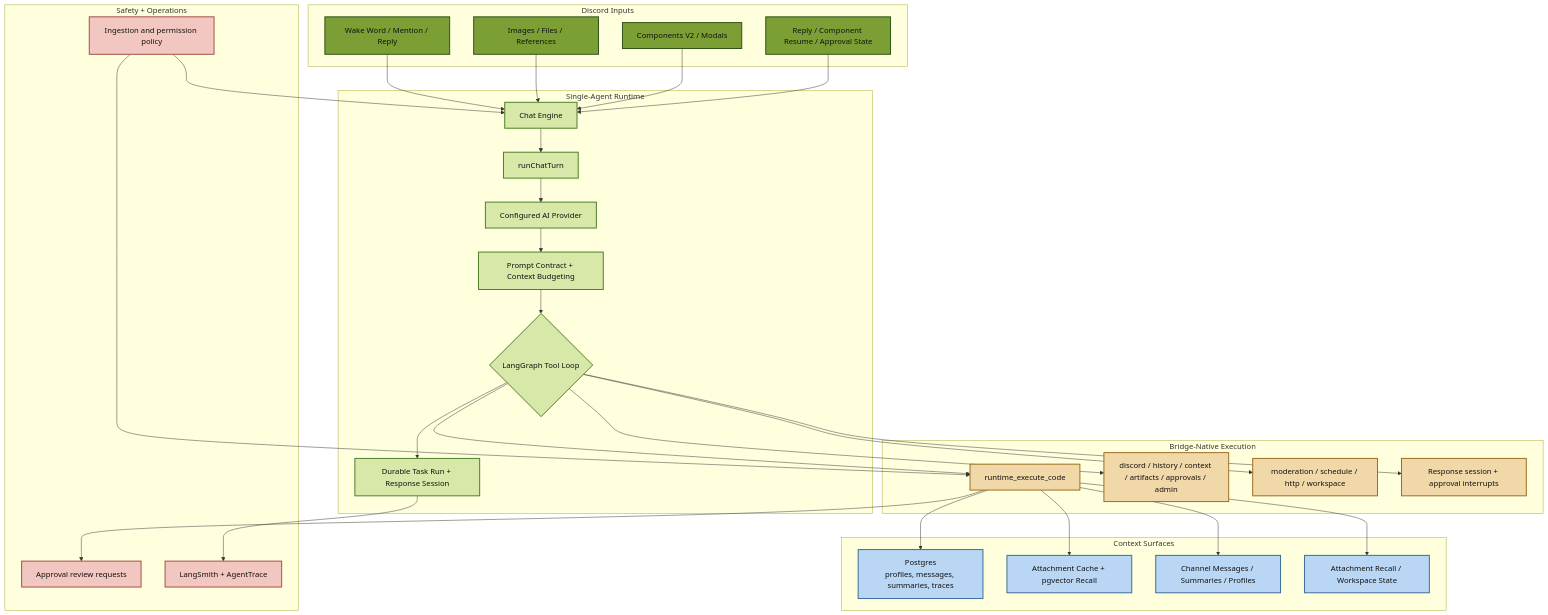
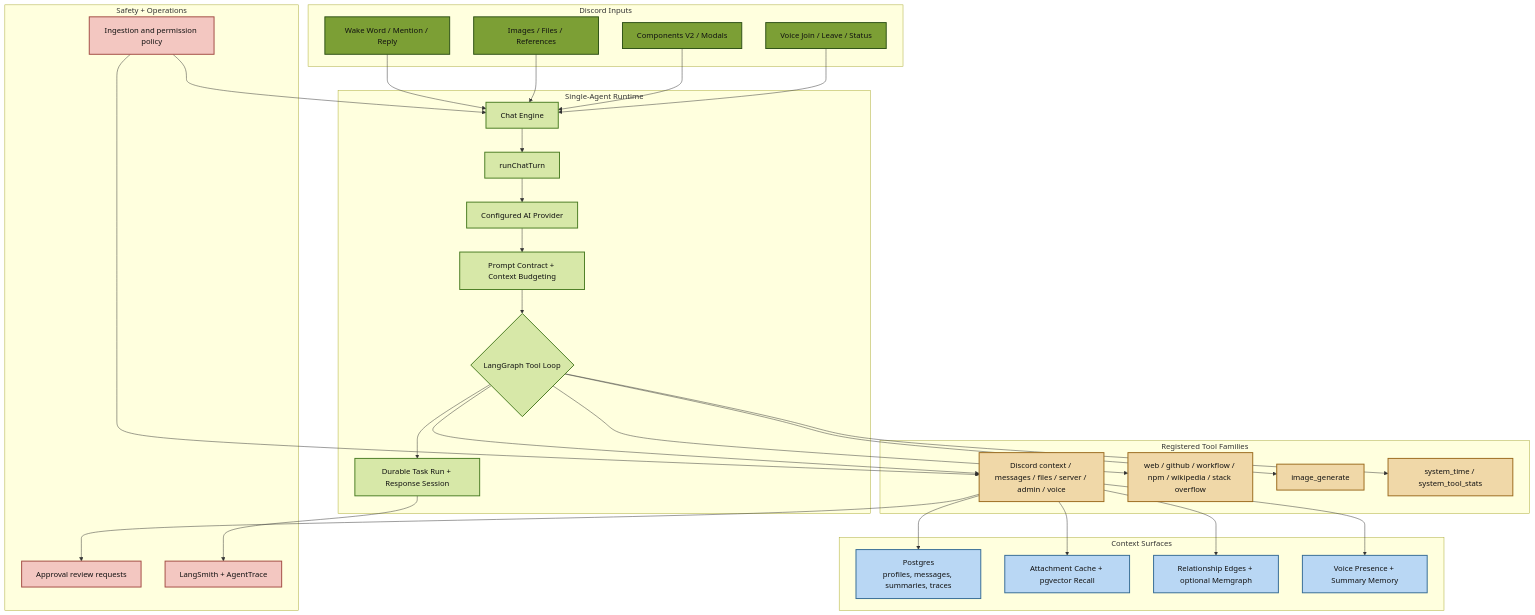
The second of 2 diagrams in README.md (BokX1/Sage), drawn with Mermaid before and after one commit. The commit also changed other lines of this file and 218 other files, not shown here.

````diff
--- a/README.md
+++ b/README.md
@@ -147,62 +148,62 @@
 ```mermaid
 flowchart TD
     classDef discord fill:#7c9f35,stroke:#2d5016,stroke-width:2px,color:#111
     classDef runtime fill:#d7e8a8,stroke:#4a7c23,stroke-width:2px,color:#111
     classDef memory fill:#b9d7f4,stroke:#356b95,stroke-width:2px,color:#111
     classDef tools fill:#f0d8a8,stroke:#9b6a1d,stroke-width:2px,color:#111
     classDef ops fill:#f3c7c1,stroke:#a24b43,stroke-width:2px,color:#111
 
     subgraph Inputs["Discord Inputs"]
         MSG["Wake Word / Mention / Reply"]:::discord
         FILES["Images / Files / References"]:::discord
         INT["Components V2 / Modals"]:::discord
-        VOICE["Reply / Component Resume / Approval State"]:::discord
+        VOICE["Voice Join / Leave / Status"]:::discord
     end
 
     subgraph Engine["Single-Agent Runtime"]
         CHAT["Chat Engine"]:::runtime
         TURN["runChatTurn"]:::runtime
         MODEL["Configured AI Provider"]:::runtime
         CTX["Prompt Contract + Context Budgeting"]:::runtime
         LOOP{"LangGraph Tool Loop"}:::runtime
         TASK["Durable Task Run + Response Session"]:::runtime
     end
 
     subgraph Retrieval["Context Surfaces"]
         DB["Postgres<br/>profiles, messages, summaries, traces"]:::memory
         ATT["Attachment Cache + pgvector Recall"]:::memory
-        SG["Channel Messages / Summaries / Profiles"]:::memory
-        VA["Attachment Recall / Workspace State"]:::memory
+        SG["Relationship Edges + optional Memgraph"]:::memory
+        VA["Voice Presence + Summary Memory"]:::memory
     end
 
-    subgraph Tools["Bridge-Native Execution"]
-        DISC["runtime_execute_code"]:::tools
-        WEB["discord / history / context / artifacts / approvals / admin"]:::tools
-        IMG["moderation / schedule / http / workspace"]:::tools
-        SYS["Response session + approval interrupts"]:::tools
+    subgraph Tools["Registered Tool Families"]
+        DISC["Discord context / messages / files / server / admin / voice"]:::tools
+        WEB["web / github / workflow / npm / wikipedia / stack overflow"]:::tools
+        IMG["image_generate"]:::tools
+        SYS["system_time / system_tool_stats"]:::tools
     end
 
     subgraph Ops["Safety + Operations"]
         APPROVAL["Approval review requests"]:::ops
         TRACE["LangSmith + AgentTrace"]:::ops
         POLICY["Ingestion and permission policy"]:::ops
     end
 
     MSG --> CHAT
     FILES --> CHAT
     INT --> CHAT
     VOICE --> CHAT
     CHAT --> TURN --> MODEL --> CTX --> LOOP --> TASK
     LOOP --> DISC
     LOOP --> WEB
     LOOP --> IMG
     LOOP --> SYS
     DISC --> DB
     DISC --> ATT
     DISC --> SG
     DISC --> VA
     POLICY --> CHAT
     POLICY --> DISC
     DISC --> APPROVAL
     TASK --> TRACE
 ```
````
